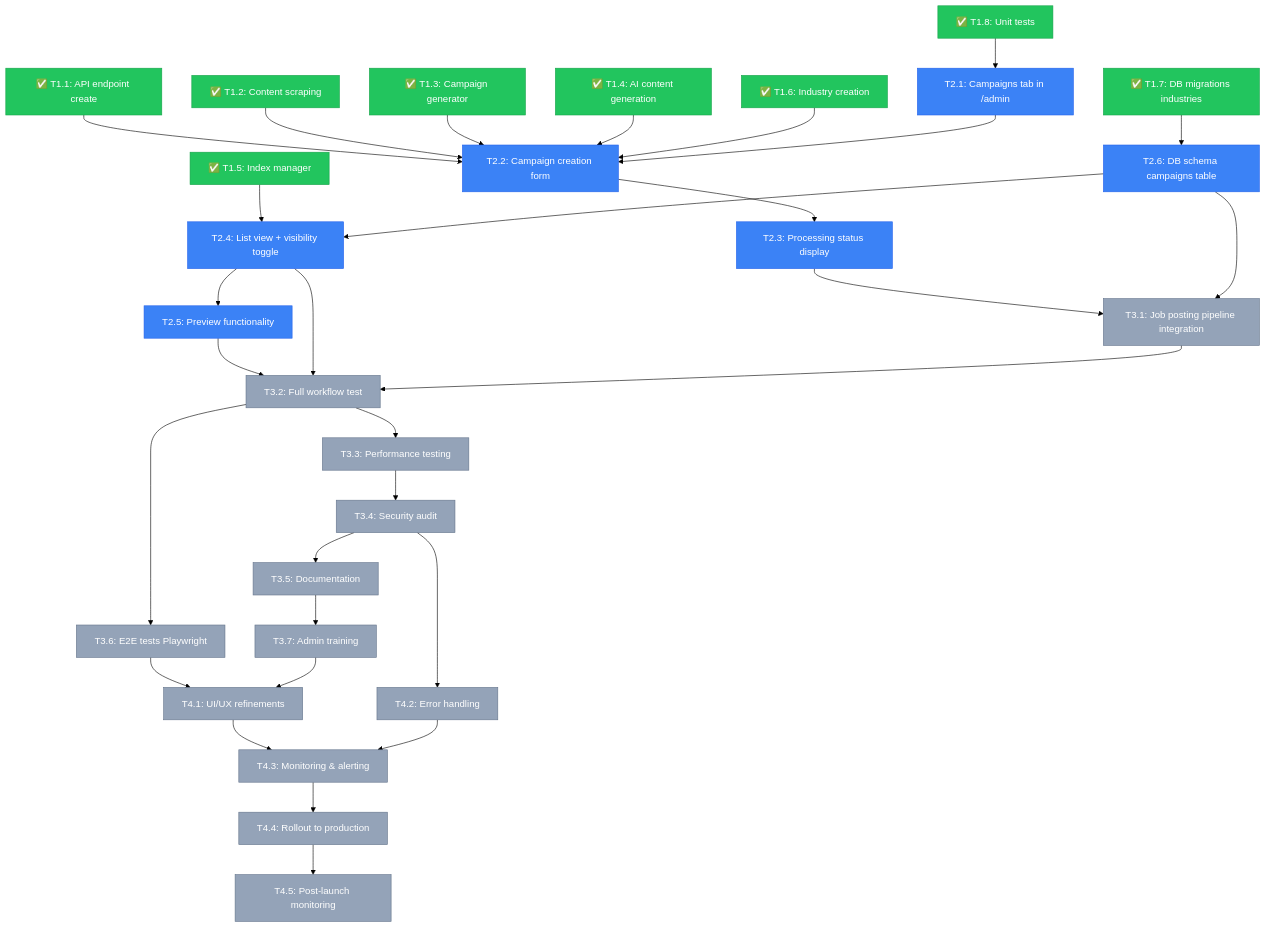
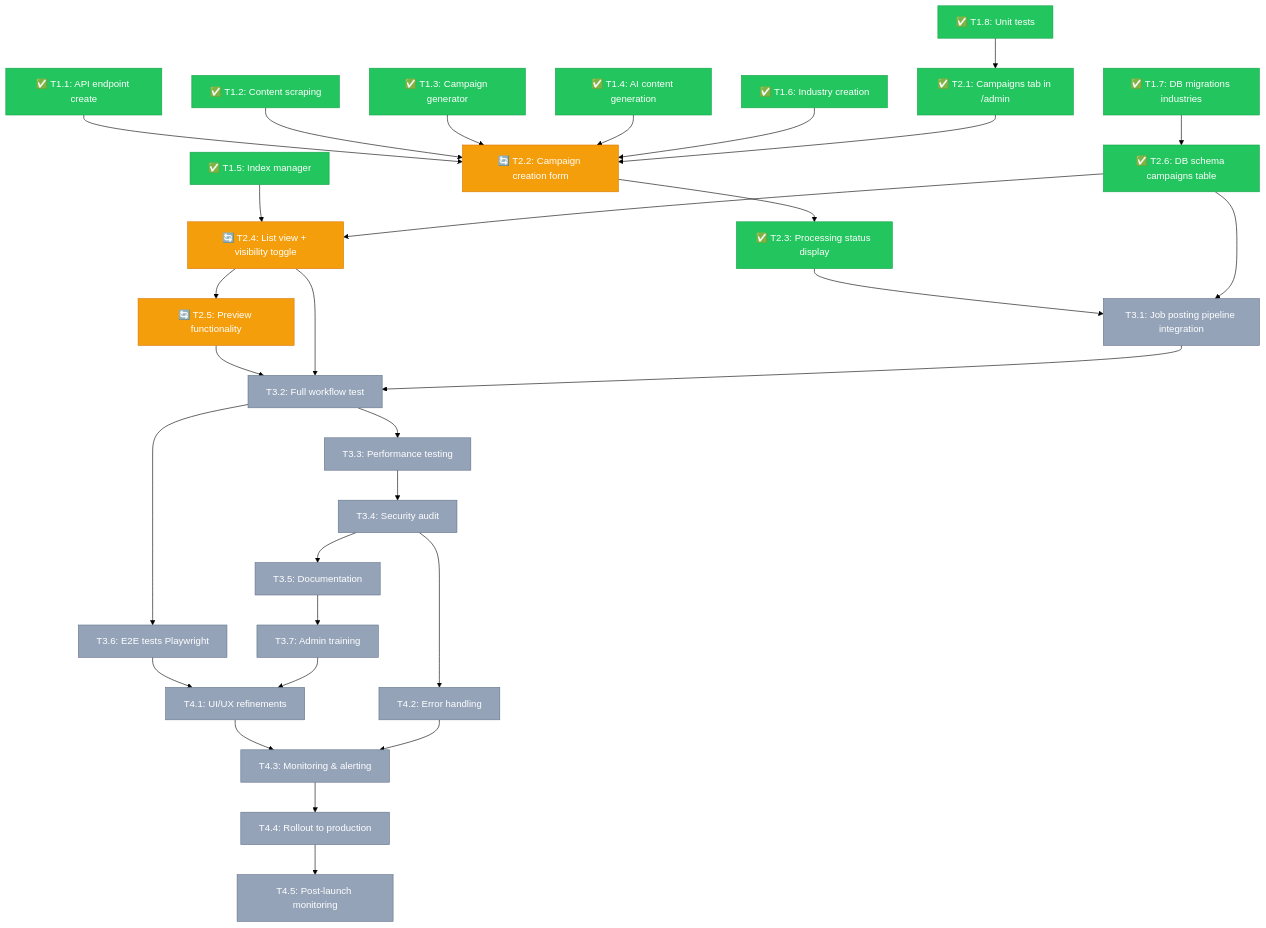
Before and after one commit to hretheum/hretheum.com: the diagram in docs/aui/CAMPAIGN_CREATION_DAG.md, drawn with Mermaid (forest theme). The commit also changed other lines of this file and 7 other files, not shown here.

First line of the commit message:
feat: Phase 2.A Task 2.6 - Database schema for campaigns table

````diff
--- a/docs/aui/CAMPAIGN_CREATION_DAG.md
+++ b/docs/aui/CAMPAIGN_CREATION_DAG.md
@@ -21,12 +31,12 @@
     P1_8[✅ T1.8: Unit tests]
 
     %% Phase 2.A: Simplified Admin UI
-    P2A_1[T2.1: Campaigns tab in /admin]
-    P2A_2[T2.2: Campaign creation form]
-    P2A_3[T2.3: Processing status display]
-    P2A_4[T2.4: List view + visibility toggle]
-    P2A_5[T2.5: Preview functionality]
-    P2A_6[T2.6: DB schema campaigns table]
+    P2A_1[✅ T2.1: Campaigns tab in /admin]
+    P2A_2[🔄 T2.2: Campaign creation form]
+    P2A_3[✅ T2.3: Processing status display]
+    P2A_4[🔄 T2.4: List view + visibility toggle]
+    P2A_5[🔄 T2.5: Preview functionality]
+    P2A_6[✅ T2.6: DB schema campaigns table]
 
     %% Phase 3: Integration & Testing
     P3_1[T3.1: Job posting pipeline integration]
@@ -89,11 +99,12 @@
 
     %% ========== Styling ==========
     classDef complete fill:#22c55e,stroke:#16a34a,color:#fff
-    classDef current fill:#3b82f6,stroke:#2563eb,color:#fff
+    classDef partial fill:#f59e0b,stroke:#d97706,color:#fff
     classDef pending fill:#94a3b8,stroke:#64748b,color:#fff
     
     class P1_1,P1_2,P1_3,P1_4,P1_5,P1_6,P1_7,P1_8 complete
-    class P2A_1,P2A_2,P2A_3,P2A_4,P2A_5,P2A_6 current
+    class P2A_1,P2A_3,P2A_6 complete
+    class P2A_2,P2A_4,P2A_5 partial
     class P3_1,P3_2,P3_3,P3_4,P3_5,P3_6,P3_7 pending
     class P4_1,P4_2,P4_3,P4_4,P4_5 pending
 ```
````
